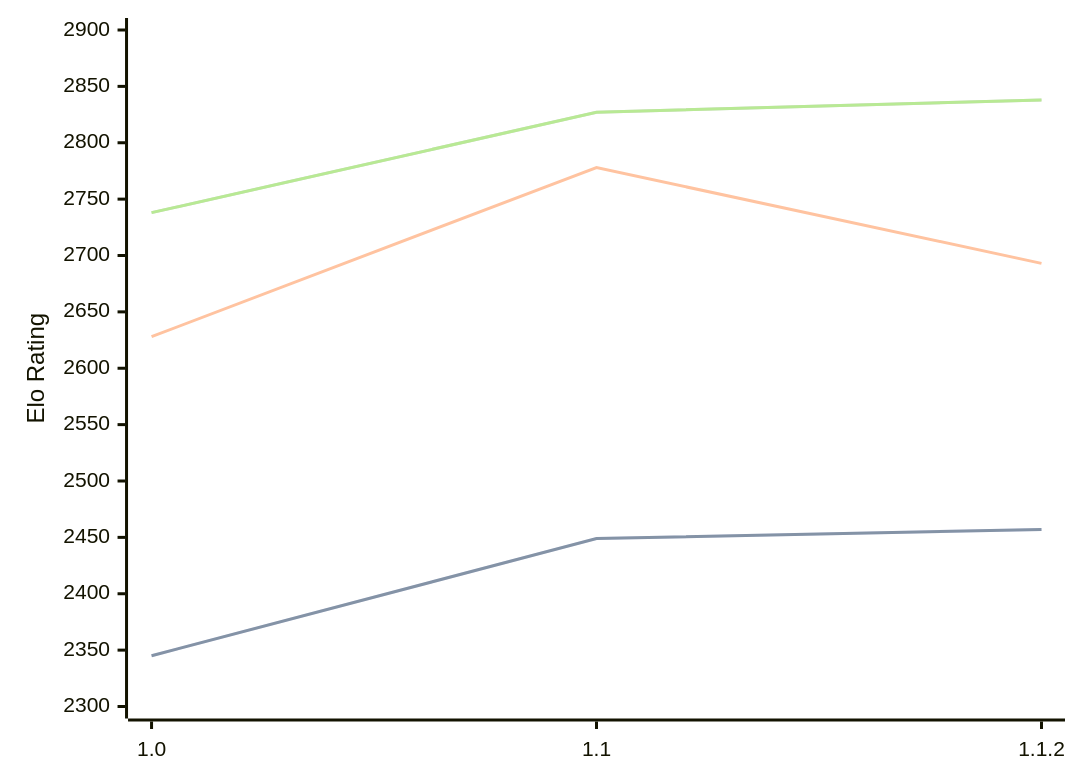
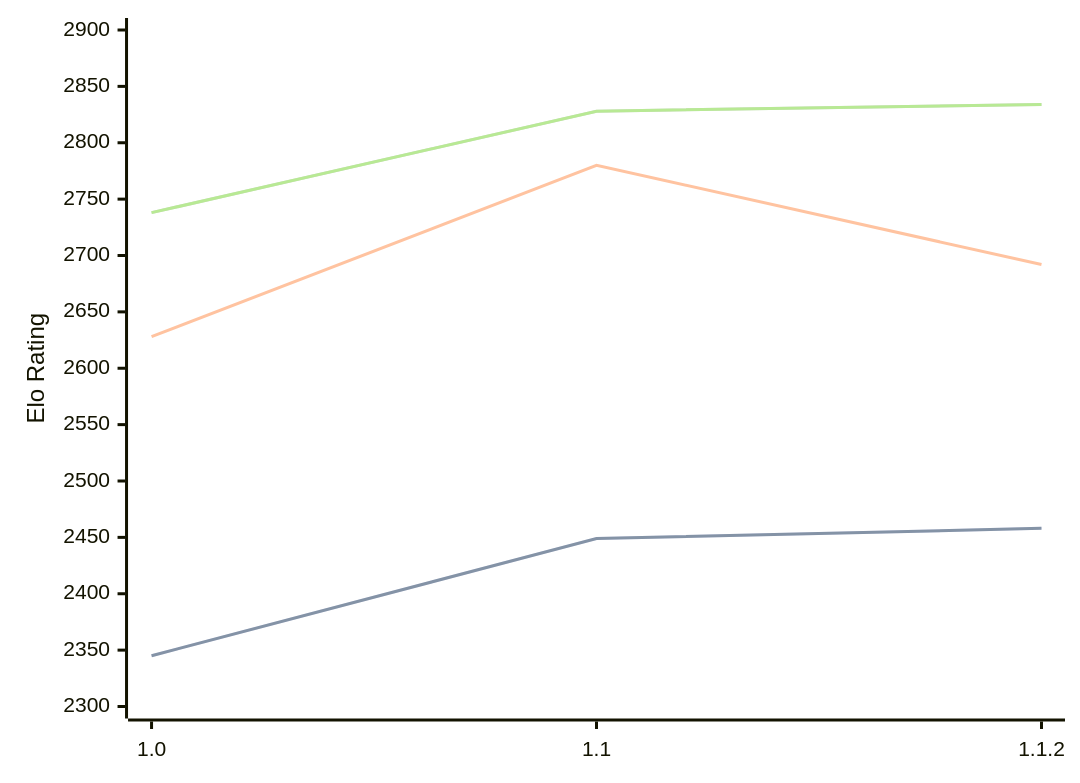
One commit to computer-chess-index/cci changed the diagram in engines/Casanchess.md. Above: the diagram before and after it, drawn with Mermaid. The commit also changed other lines of this file, not shown here.

Commit message:
Update CCI Ratings (ELO VLTC) - 2026-09-13

````diff
--- a/engines/Casanchess.md
+++ b/engines/Casanchess.md
@@ -33,11 +33,11 @@
 ```mermaid
 %%{init: {"theme":"base","themeVariables":{"seriesColors:['#a3a3a3','#222221','#faa371']}}}%%
 xychart-beta
   x-axis ["1.0", "1.1", "1.1.2"]
   y-axis "Elo Rating" 2300 --> 2900
-  line "" [2345, 2449, 2457]
-  line "STC (8.0+0.08s)" [2345, 2449, 2457]
-  line "LTC (60.0+0.60s)" [2628, 2778, 2693]
-  line "" [2738, 2827, 2838]
-  line "VLTC (2m24s+1.12s)" [2738, 2827, 2838]
+  line "" [2345, 2449, 2458]
+  line "STC (8.0+0.08s)" [2345, 2449, 2458]
+  line "LTC (60.0+0.60s)" [2628, 2780, 2692]
+  line "" [2738, 2828, 2834]
+  line "VLTC (2m24s+1.12s)" [2738, 2828, 2834]
 ```
````
